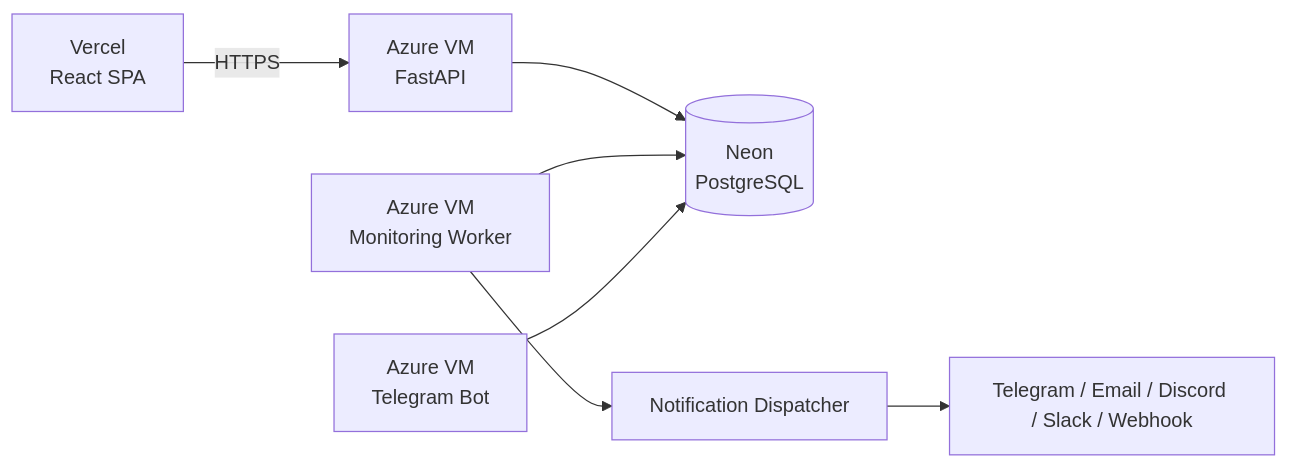
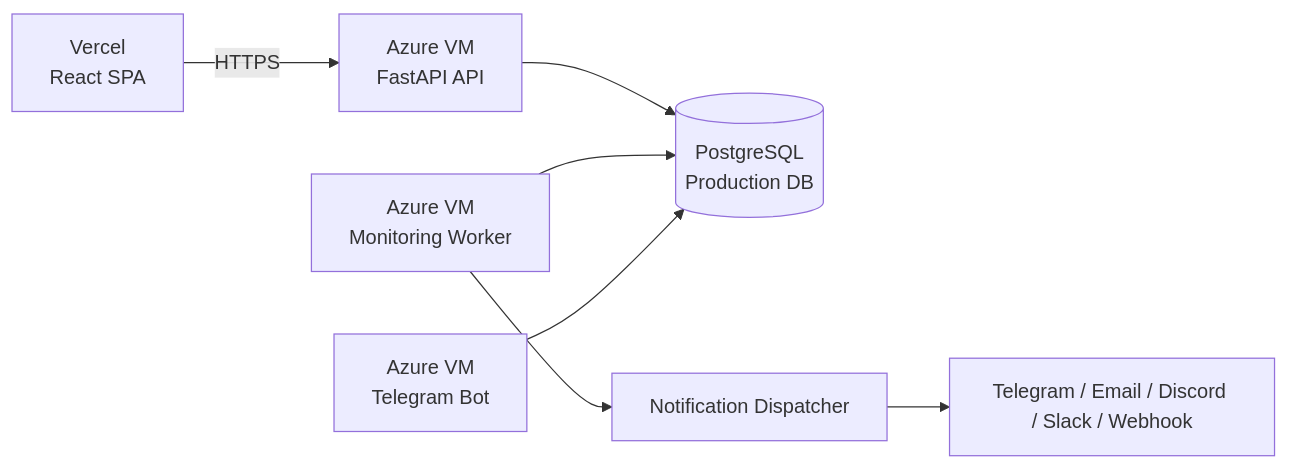
Before and after one commit to Robibiruk/PulseWatch: the diagram in README.md, drawn with Mermaid. The commit also changed other lines of this file, not shown here.

Commit message:
Rewrite README around Azure VM self-hosted production

````diff
--- a/README.md
+++ b/README.md
@@ -94,9 +105,9 @@
 ```mermaid
 graph LR
-    FE[Vercel<br/>React SPA] -->|HTTPS| API[Azure VM<br/>FastAPI]
-    API --> DB[(Neon<br/>PostgreSQL)]
+    FE[Vercel<br/>React SPA] -->|HTTPS| API[Azure VM<br/>FastAPI API]
+    API --> DB[(PostgreSQL<br/>Production DB)]
     Worker[Azure VM<br/>Monitoring Worker] --> DB
     Bot[Azure VM<br/>Telegram Bot] --> DB
     Worker --> Notify[Notification Dispatcher]
     Notify --> Channels[Telegram / Email / Discord / Slack / Webhook]
 ```
````
